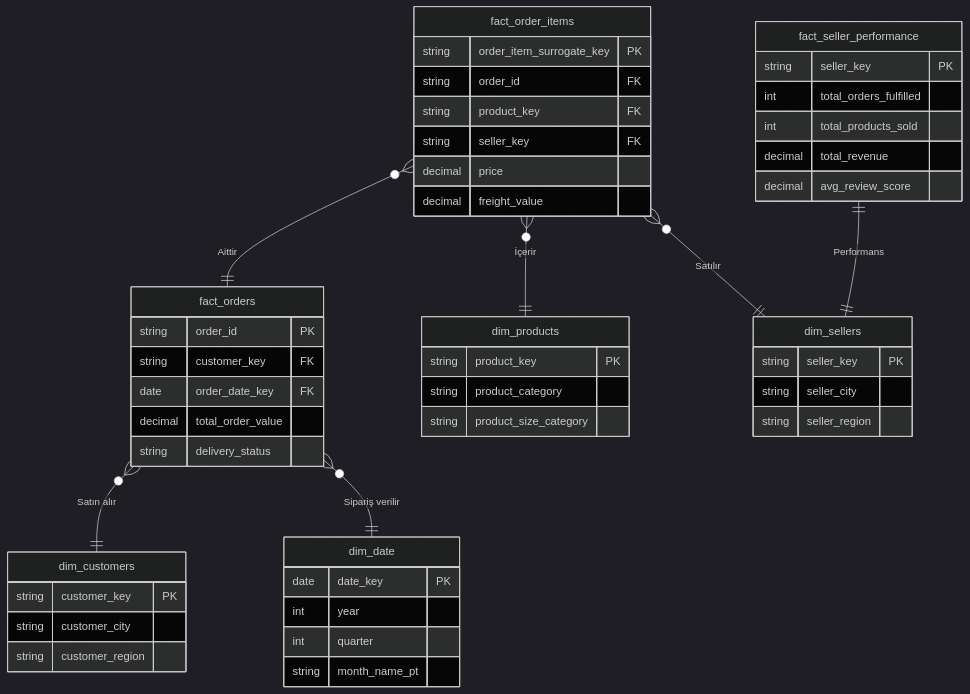
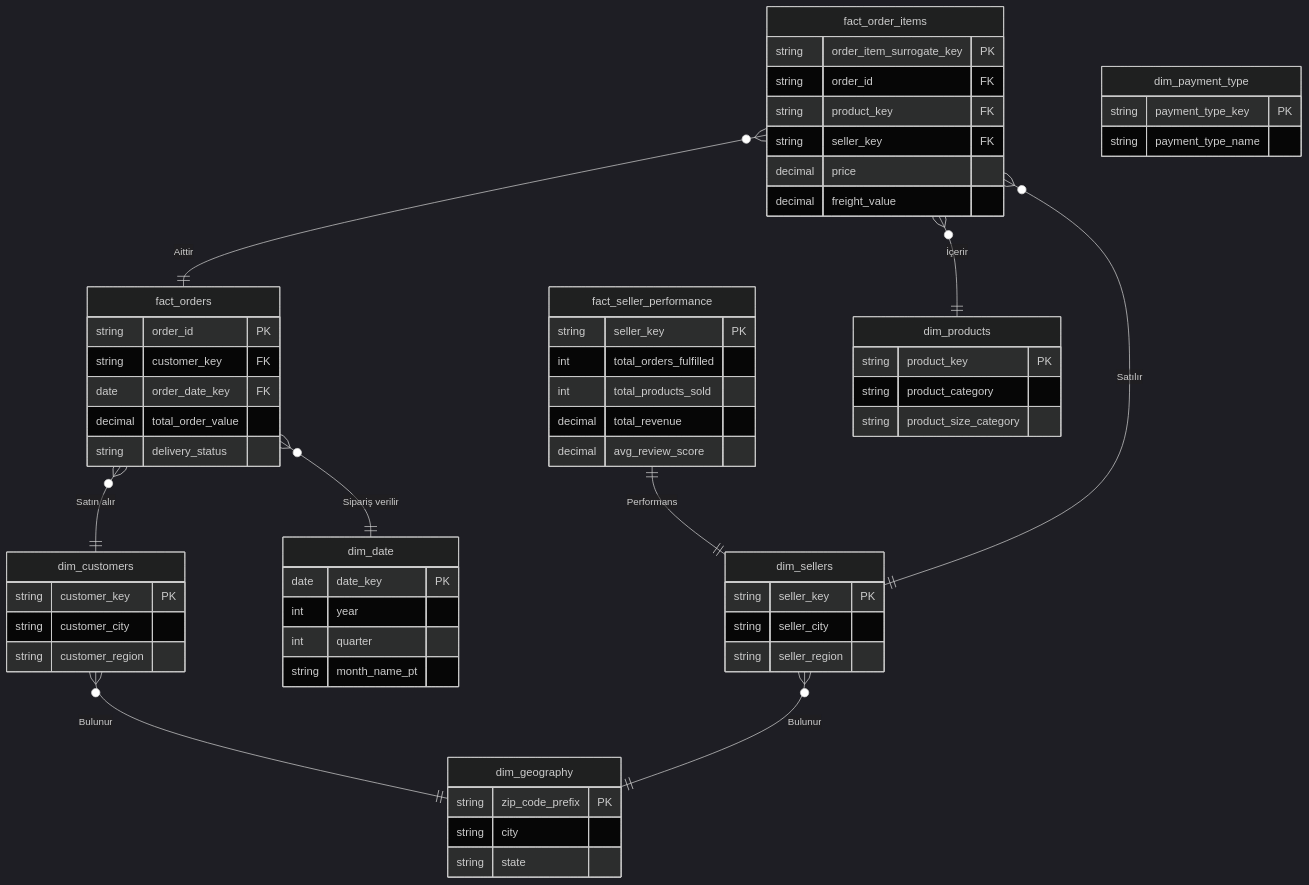
The second of 2 diagrams in README.md (diyarandak/AdvancedBigDataPipeline), drawn with Mermaid (dark theme) before and after one commit. The commit also changed other lines of this file, not shown here.

Commit message:
fix: resolve mermaid edge syntax and add remaining dim tables to ER diagram

````diff
--- a/README.md
+++ b/README.md
@@ -56,62 +56,75 @@
 ```mermaid
 erDiagram
     fact_orders {
         string order_id PK
         string customer_key FK
         date order_date_key FK
         decimal total_order_value
         string delivery_status
     }
     
     fact_order_items {
         string order_item_surrogate_key PK
         string order_id FK
         string product_key FK
         string seller_key FK
         decimal price
         decimal freight_value
     }
     
     fact_seller_performance {
         string seller_key PK
         int total_orders_fulfilled
         int total_products_sold
         decimal total_revenue
         decimal avg_review_score
     }
 
     dim_customers {
         string customer_key PK
         string customer_city
         string customer_region
     }
     
     dim_sellers {
         string seller_key PK
         string seller_city
         string seller_region
     }
 
     dim_products {
         string product_key PK
         string product_category
         string product_size_category
     }
 
     dim_date {
         date date_key PK
         int year
         int quarter
         string month_name_pt
     }
+    
+    dim_geography {
+        string zip_code_prefix PK
+        string city
+        string state
+    }
+    
+    dim_payment_type {
+        string payment_type_key PK
+        string payment_type_name
+    }
 
     %% Relationships
     fact_orders }o--|| dim_customers : "Satın alır"
     fact_orders }o--|| dim_date : "Sipariş verilir"
     
     fact_order_items }o--|| fact_orders : "Aittir"
     fact_order_items }o--|| dim_products : "İçerir"
     fact_order_items }o--|| dim_sellers : "Satılır"
     
     fact_seller_performance ||--|| dim_sellers : "Performans"
+    dim_customers }o--|| dim_geography : "Bulunur"
+    dim_sellers }o--|| dim_geography : "Bulunur"
 ```
````
